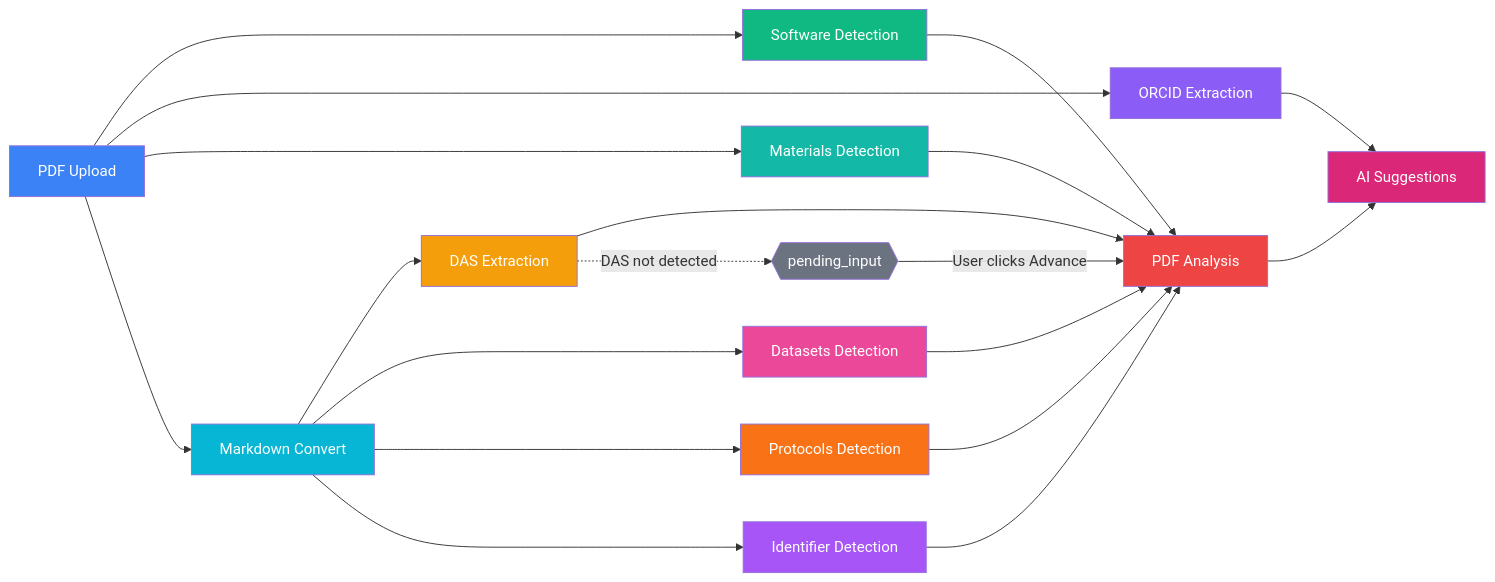
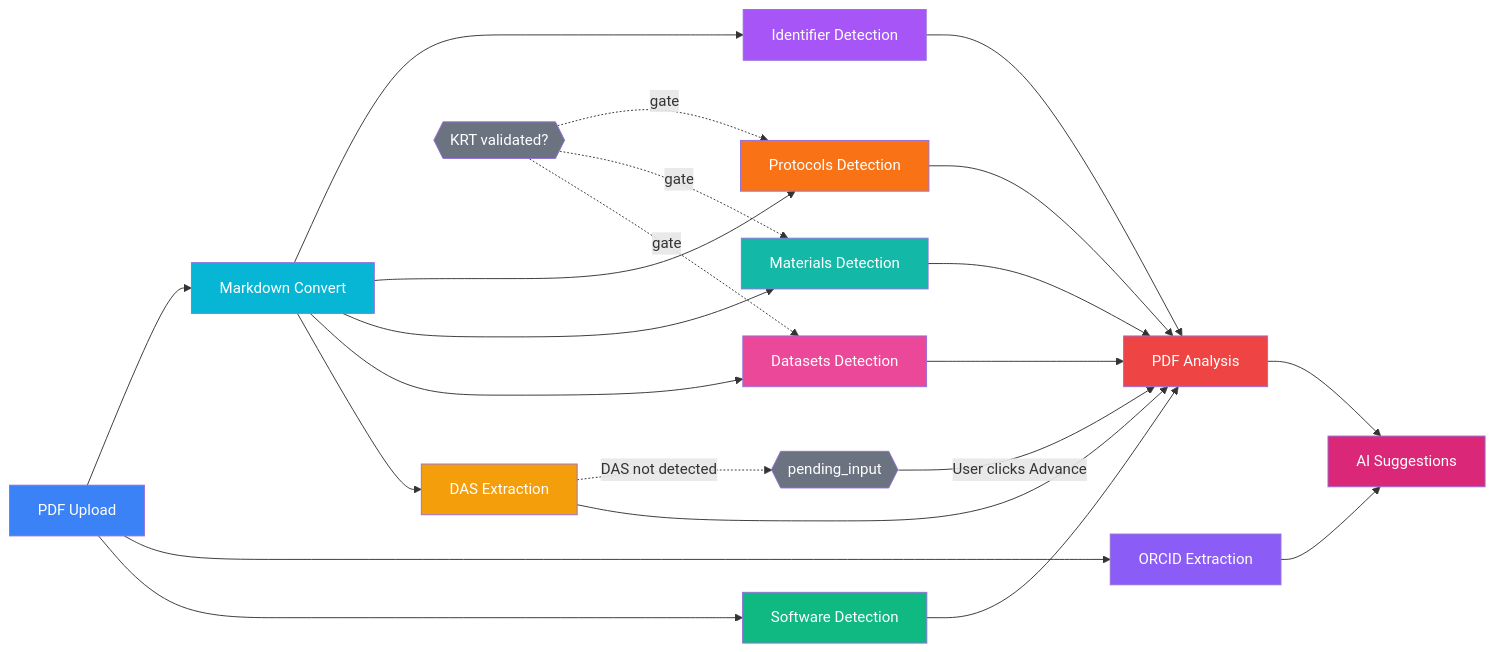
Before and after one commit to DataSeer/asap-kr-sync: the fourth of 13 diagrams in docs/submission-workflow.md, drawn with Mermaid. The commit also changed other lines of this file and 7 other files, not shown here.

First line of the commit message:
docs: document KRT-validation gate, batch endpoint, and modal search UI

````diff
--- a/docs/submission-workflow.md
+++ b/docs/submission-workflow.md
@@ -171,34 +171,38 @@
 ```mermaid
 graph LR
     PDF[PDF Upload] --> SW[Software Detection]
     PDF --> ORCID[ORCID Extraction]
-    PDF --> MAT[Materials Detection]
     PDF --> MD[Markdown Convert]
     MD --> DAS[DAS Extraction]
     MD --> DS[Datasets Detection]
+    MD --> MAT[Materials Detection]
     MD --> PROT[Protocols Detection]
     MD --> ID[Identifier Detection]
+    KRTV{{KRT validated?}} -.->|gate| DS
+    KRTV -.->|gate| MAT
+    KRTV -.->|gate| PROT
     DAS --> PA[PDF Analysis]
     SW --> PA
     DS --> PA
     MAT --> PA
     PROT --> PA
     ID --> PA
     PA --> SG[AI Suggestions]
     ORCID --> SG
     DAS -.->|DAS not detected| PI{{pending_input}}
     PI -->|User clicks Advance| PA
 
     style PDF fill:#3b82f6,color:#fff
     style DAS fill:#f59e0b,color:#fff
     style SW fill:#10b981,color:#fff
     style ORCID fill:#8b5cf6,color:#fff
     style MD fill:#06b6d4,color:#fff
     style DS fill:#ec4899,color:#fff
     style MAT fill:#14b8a6,color:#fff
     style PROT fill:#f97316,color:#fff
     style ID fill:#a855f7,color:#fff
     style PA fill:#ef4444,color:#fff
     style SG fill:#db2777,color:#fff
     style PI fill:#6b7280,color:#fff
+    style KRTV fill:#6b7280,color:#fff
 ```
````
